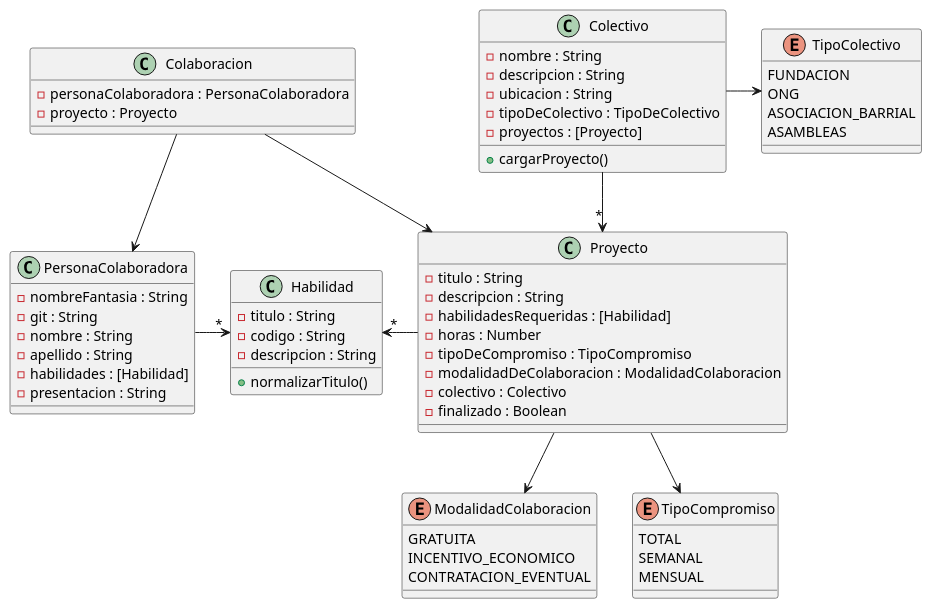
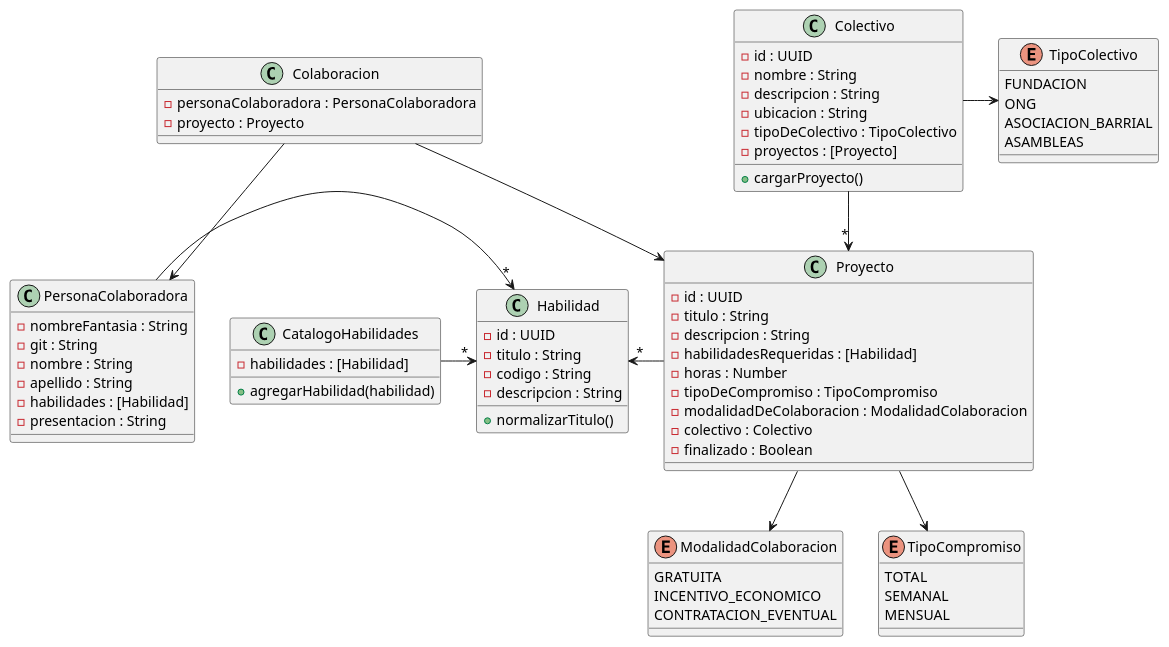
The diagram in diagrama.puml (FMartineezz/Tp-dds-CodigoAVoluntad), drawn with PlantUML before and after one commit. The commit also changed 1 other file, not shown here.

Commit message:
update diagrama clases

```diff
--- a/diagrama.puml
+++ b/diagrama.puml
@@ -1,73 +1,84 @@
 @startuml CodigoAVoluntad
 class Colectivo{
+    -id : UUID
     -nombre : String
     -descripcion : String
     -ubicacion : String
-    -tipoDeColectivo : TipoDeColectivo
+    -tipoDeColectivo : TipoColectivo
     -proyectos : [Proyecto]
 
     +cargarProyecto()
 }
 
 class Proyecto{
+    -id : UUID
     -titulo : String
     -descripcion : String
     -habilidadesRequeridas : [Habilidad]
     -horas : Number
     -tipoDeCompromiso : TipoCompromiso
     -modalidadDeColaboracion : ModalidadColaboracion
     -colectivo : Colectivo
     -finalizado : Boolean
 }
 
 class Colaboracion{
     -personaColaboradora : PersonaColaboradora
     -proyecto : Proyecto
 }
 
 class Habilidad{
+    -id : UUID
     -titulo : String
     -codigo : String
     -descripcion : String
 
     +normalizarTitulo()
+}
+
+
+class CatalogoHabilidades{
+    -habilidades : [Habilidad]
+
+    +agregarHabilidad(habilidad)
 }
 
 class PersonaColaboradora{
     -nombreFantasia : String
     -git : String
     -nombre : String
     -apellido : String
     -habilidades : [Habilidad]
     -presentacion : String
 }
 
 enum ModalidadColaboracion {
     GRATUITA
     INCENTIVO_ECONOMICO
     CONTRATACION_EVENTUAL
 }
 
 enum TipoCompromiso {
     TOTAL
     SEMANAL
     MENSUAL
 }
 
 enum TipoColectivo {
-    FUNDACION                                 
+    FUNDACION
     ONG
     ASOCIACION_BARRIAL
     ASAMBLEAS
 }
 
 Colectivo --> "*" Proyecto
 PersonaColaboradora -> "*" Habilidad
+CatalogoHabilidades -> "*" Habilidad
 Habilidad "*" <- Proyecto
 Colaboracion --> Proyecto
 Colaboracion --> PersonaColaboradora
 Colectivo -> TipoColectivo
 Proyecto --> ModalidadColaboracion
 Proyecto --> TipoCompromiso
 
 @enduml
```
